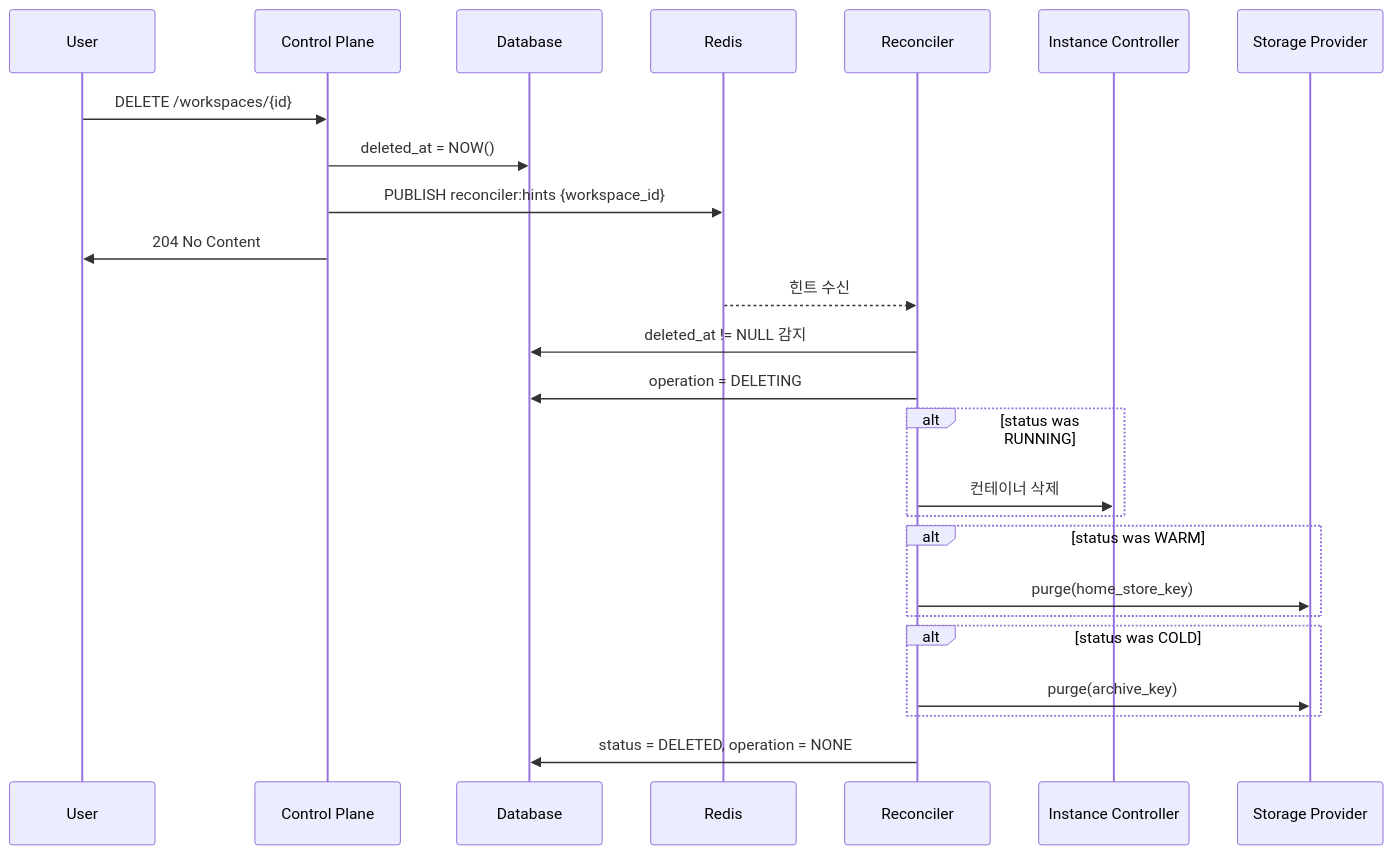
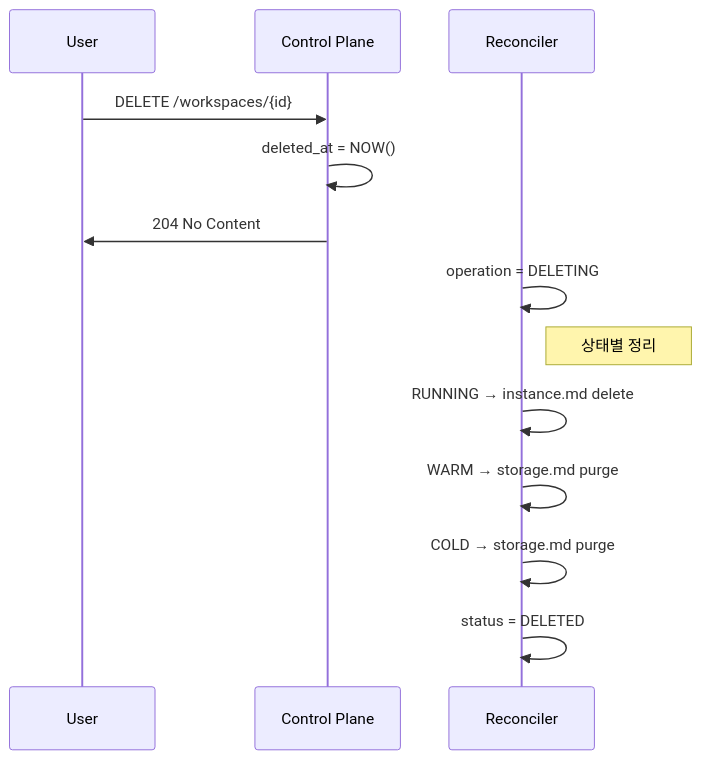
One commit to cagojeiger/code-hub changed the eighth of 9 diagrams in docs/spec_v2/flows.md. Above: the diagram before and after it, drawn with Mermaid. The commit also changed other lines of this file and 6 other files, not shown here.

First line of the commit message:
docs(spec_v2): refactor into layered architecture

````diff
--- a/docs/spec_v2/flows.md
+++ b/docs/spec_v2/flows.md
@@ -275,33 +170,17 @@
 ```mermaid
 sequenceDiagram
     participant U as User
     participant API as Control Plane
-    participant DB as Database
-    participant Redis as Redis
     participant R as Reconciler
-    participant I as Instance Controller
-    participant S as Storage Provider
 
     U->>API: DELETE /workspaces/{id}
-    API->>DB: deleted_at = NOW()
-    API->>Redis: PUBLISH reconciler:hints {workspace_id}
+    API->>API: deleted_at = NOW()
     API->>U: 204 No Content
 
-    Redis-->>R: 힌트 수신
-    R->>DB: deleted_at != NULL 감지
-    R->>DB: operation = DELETING
-
-    alt status was RUNNING
-        R->>I: 컨테이너 삭제
-    end
-
-    alt status was WARM
-        R->>S: purge(home_store_key)
-    end
-
-    alt status was COLD
-        R->>S: purge(archive_key)
-    end
-
-    R->>DB: status = DELETED, operation = NONE
+    R->>R: operation = DELETING
+    Note right of R: 상태별 정리
+    R->>R: RUNNING → instance.md delete
+    R->>R: WARM → storage.md purge
+    R->>R: COLD → storage.md purge
+    R->>R: status = DELETED
 ```
````
